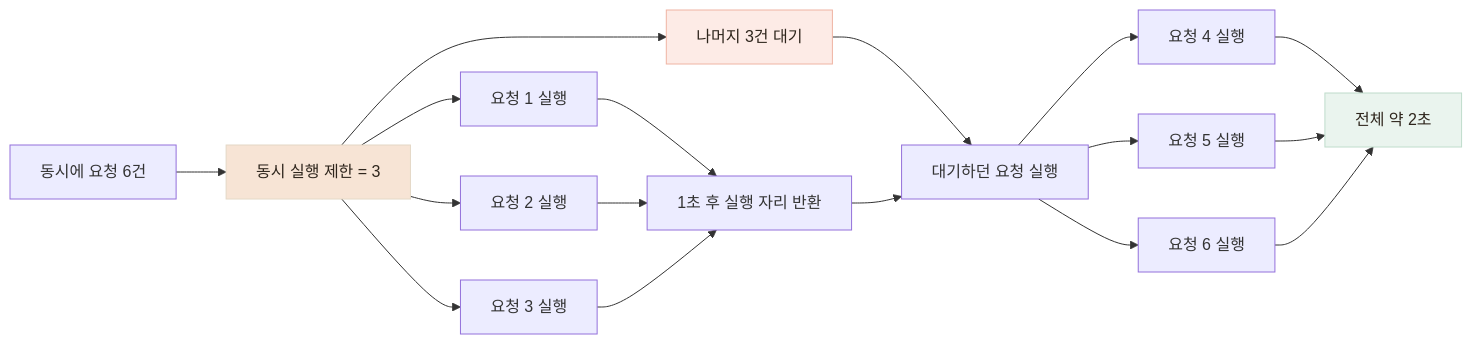
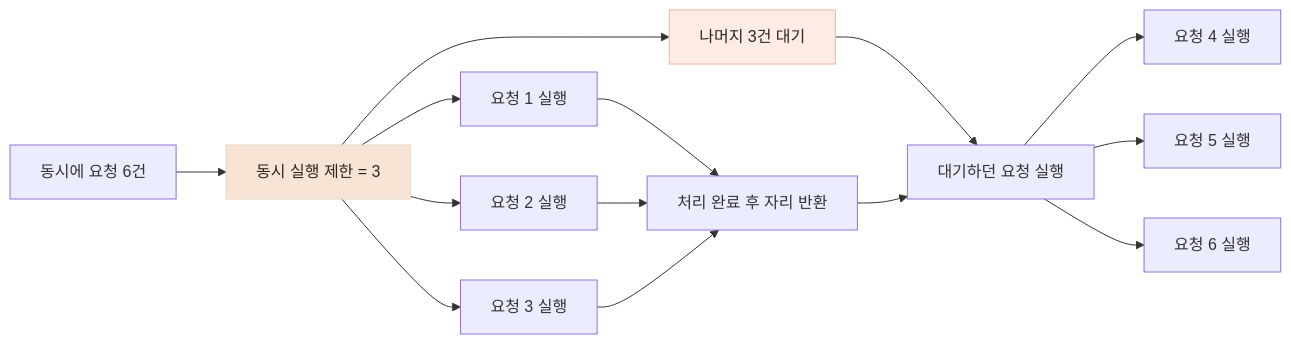
Before and after one commit to Jinacker/PortFolio: the diagram in public/mds/kkinitalk/verify-5-load.md, drawn with Mermaid. The commit also changed other lines of this file and 3 other files, not shown here.

````diff
--- a/public/mds/kkinitalk/verify-5-load.md
+++ b/public/mds/kkinitalk/verify-5-load.md
@@ -41,28 +37,23 @@
 ```mermaid
 flowchart LR
     REQUESTS["동시에 요청 6건"] --> LIMIT["동시 실행 제한 = 3"]
 
     LIMIT --> R1["요청 1 실행"]
     LIMIT --> R2["요청 2 실행"]
     LIMIT --> R3["요청 3 실행"]
     LIMIT --> WAIT["나머지 3건 대기"]
 
-    R1 --> RELEASE["1초 후 실행 자리 반환"]
+    R1 --> RELEASE["처리 완료 후 자리 반환"]
     R2 --> RELEASE
     R3 --> RELEASE
 
     WAIT --> NEXT["대기하던 요청 실행"]
     RELEASE --> NEXT
 
     NEXT --> R4["요청 4 실행"]
     NEXT --> R5["요청 5 실행"]
     NEXT --> R6["요청 6 실행"]
 
-    R4 --> TOTAL["전체 약 2초"]
-    R5 --> TOTAL
-    R6 --> TOTAL
-
     style LIMIT fill:#F7E4D5,stroke:#E4D8C6,color:#2E251C
     style WAIT fill:#FDEBE6,stroke:#EFB4A3,color:#2E251C
-    style TOTAL fill:#EAF4EE,stroke:#BFDCCB,color:#2E251C
 ```
````
